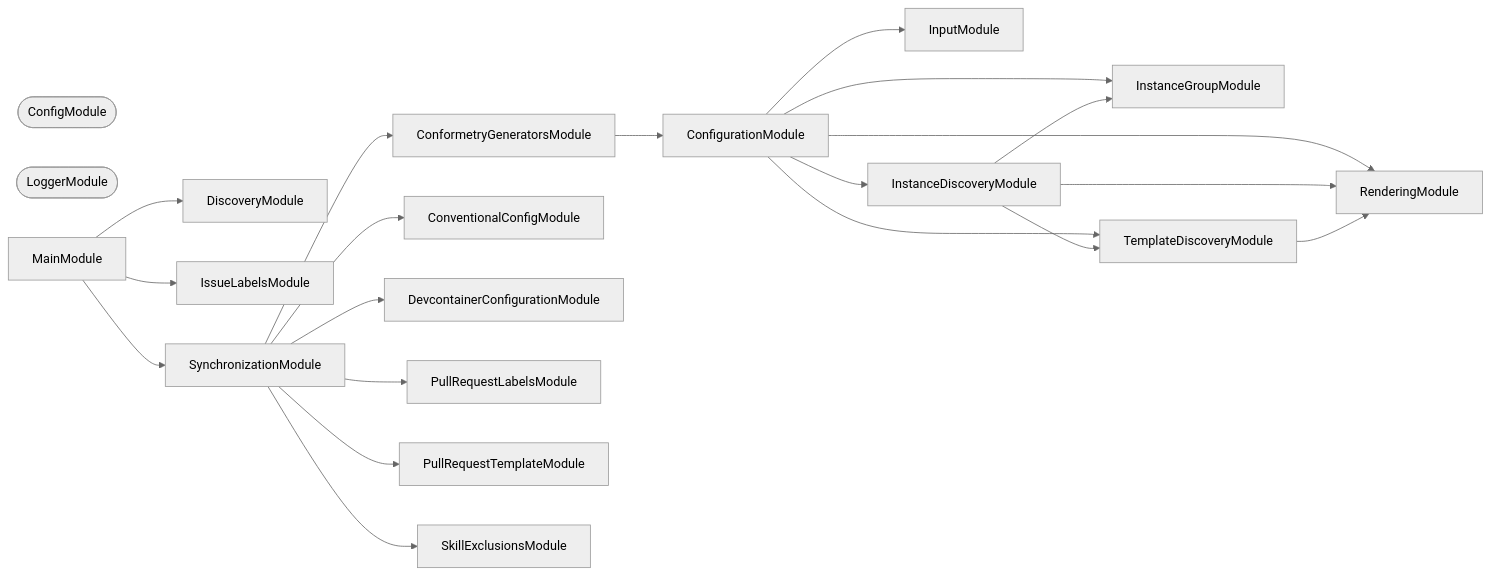
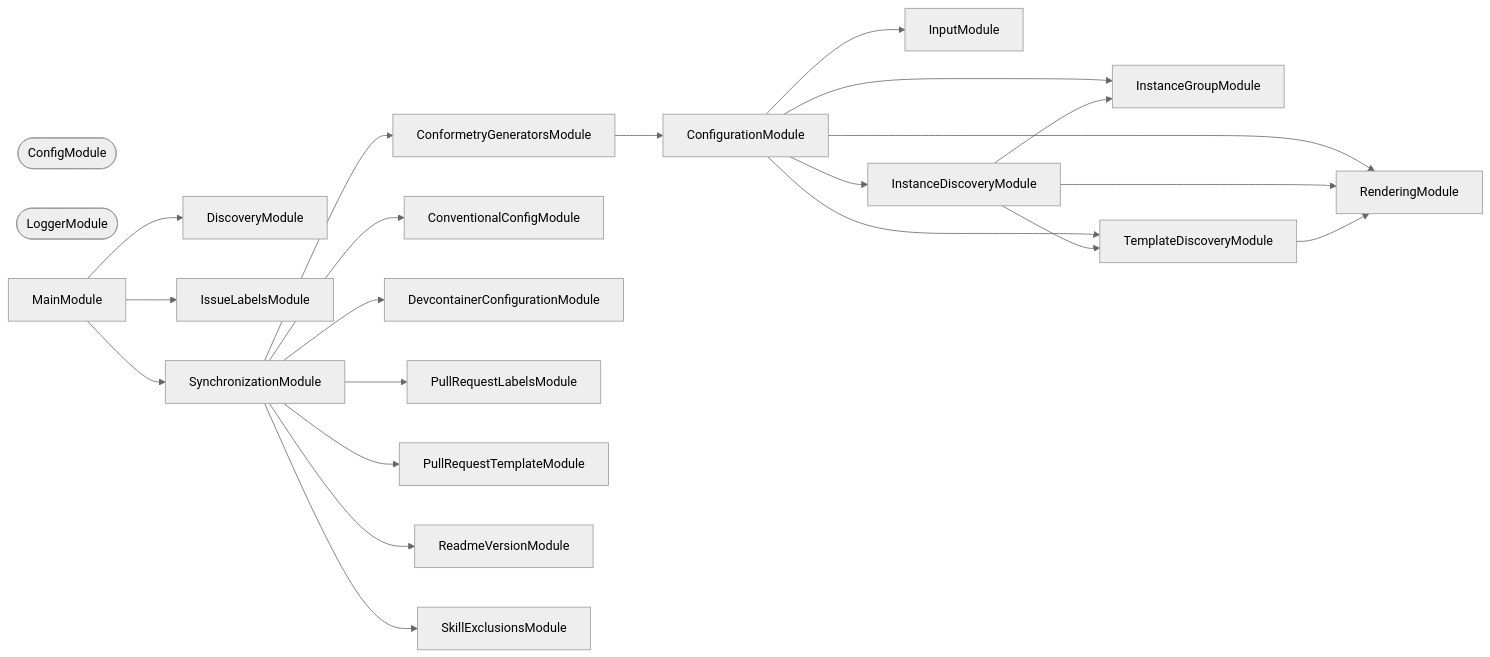
Before and after one commit to JimmyPaolini/codebase: the second of 3 diagrams in tools/synchronization/README.md, drawn with Mermaid (neutral theme). The commit also changed other lines of this file and 4 other files, not shown here.

````diff
--- a/tools/synchronization/README.md
+++ b/tools/synchronization/README.md
@@ -535,40 +535,42 @@
 ```mermaid
 flowchart LR
   ConfigModule([ConfigModule])
   ConfigurationModule
   ConformetryGeneratorsModule
   ConventionalConfigModule
   DevcontainerConfigurationModule
   DiscoveryModule
   InputModule
   InstanceDiscoveryModule
   InstanceGroupModule
   IssueLabelsModule
   LoggerModule([LoggerModule])
   MainModule
   PullRequestLabelsModule
   PullRequestTemplateModule
+  ReadmeVersionModule
   RenderingModule
   SkillExclusionsModule
   SynchronizationModule
   TemplateDiscoveryModule
   ConfigurationModule --> InputModule
   ConfigurationModule --> InstanceDiscoveryModule
   ConfigurationModule --> InstanceGroupModule
   ConfigurationModule --> RenderingModule
   ConfigurationModule --> TemplateDiscoveryModule
   ConformetryGeneratorsModule --> ConfigurationModule
   InstanceDiscoveryModule --> InstanceGroupModule
   InstanceDiscoveryModule --> RenderingModule
   InstanceDiscoveryModule --> TemplateDiscoveryModule
   MainModule --> DiscoveryModule
   MainModule --> IssueLabelsModule
   MainModule --> SynchronizationModule
   SynchronizationModule --> ConformetryGeneratorsModule
   SynchronizationModule --> ConventionalConfigModule
   SynchronizationModule --> DevcontainerConfigurationModule
   SynchronizationModule --> PullRequestLabelsModule
   SynchronizationModule --> PullRequestTemplateModule
+  SynchronizationModule --> ReadmeVersionModule
   SynchronizationModule --> SkillExclusionsModule
   TemplateDiscoveryModule --> RenderingModule
 ```
````
